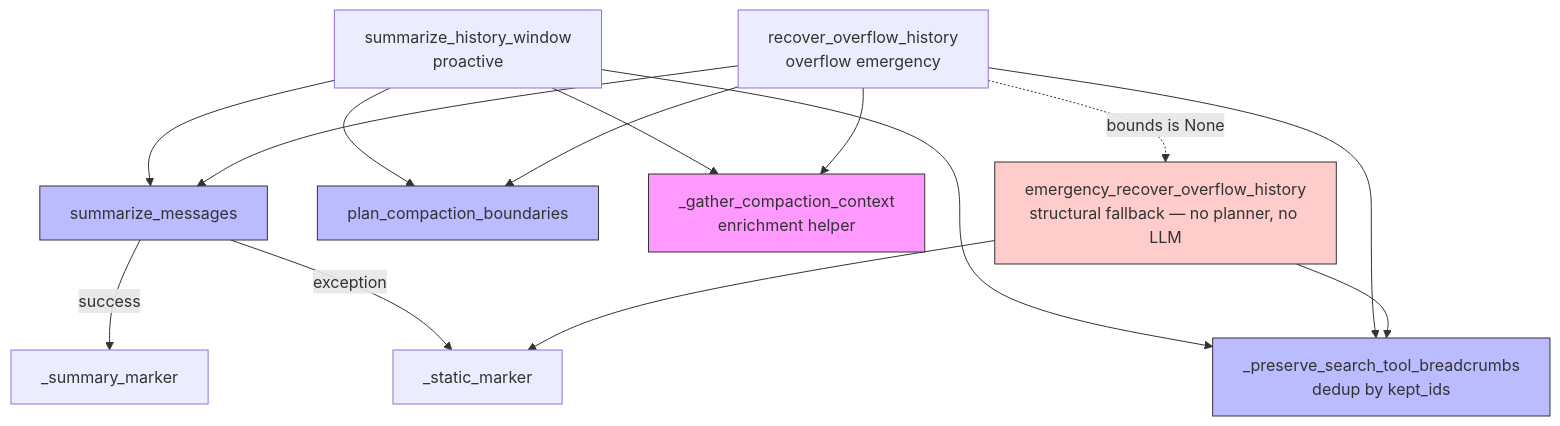
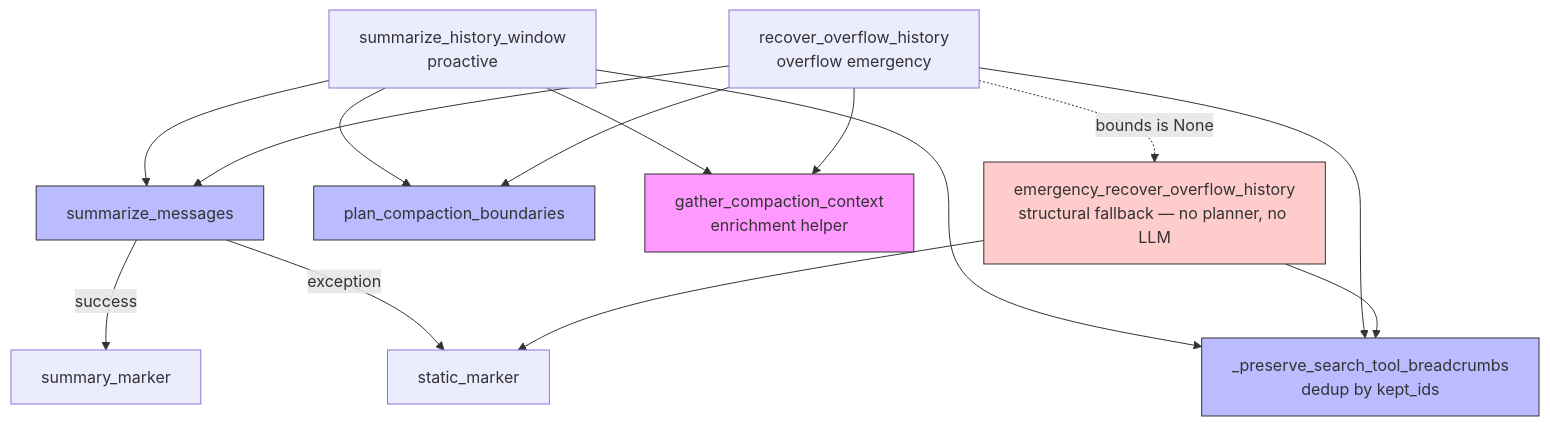
Before and after one commit to binlecode/co-cli: the sixth of 7 diagrams in docs/specs/compaction.md, drawn with Mermaid. The commit also changed other lines of this file and 27 other files, not shown here.

````diff
--- a/docs/specs/compaction.md
+++ b/docs/specs/compaction.md
@@ -253,34 +253,34 @@
 ```mermaid
 flowchart TD
     L3[summarize_history_window<br/>proactive]
     L5[recover_overflow_history<br/>overflow emergency]
     L6[emergency_recover_overflow_history<br/>structural fallback — no planner, no LLM]
 
     P[plan_compaction_boundaries]
-    E[_gather_compaction_context<br/>enrichment helper]
+    E[gather_compaction_context<br/>enrichment helper]
     S[summarize_messages]
     B[_preserve_search_tool_breadcrumbs<br/>dedup by kept_ids]
 
-    MK_SUM[_summary_marker]
-    MK_ST[_static_marker]
+    MK_SUM[summary_marker]
+    MK_ST[static_marker]
 
     L3 --> P
     L5 --> P
     L3 --> E
     L5 --> E
     L3 --> S
     L5 --> S
     S -->|success| MK_SUM
     S -->|exception| MK_ST
     L3 --> B
     L5 --> B
     L6 --> B
     L5 -.bounds is None.-> L6
     L6 --> MK_ST
 
     style P fill:#bbf,stroke:#333
     style E fill:#f9f,stroke:#333
     style S fill:#bbf,stroke:#333
     style B fill:#bbf,stroke:#333
     style L6 fill:#fcc,stroke:#333
 ```
````
